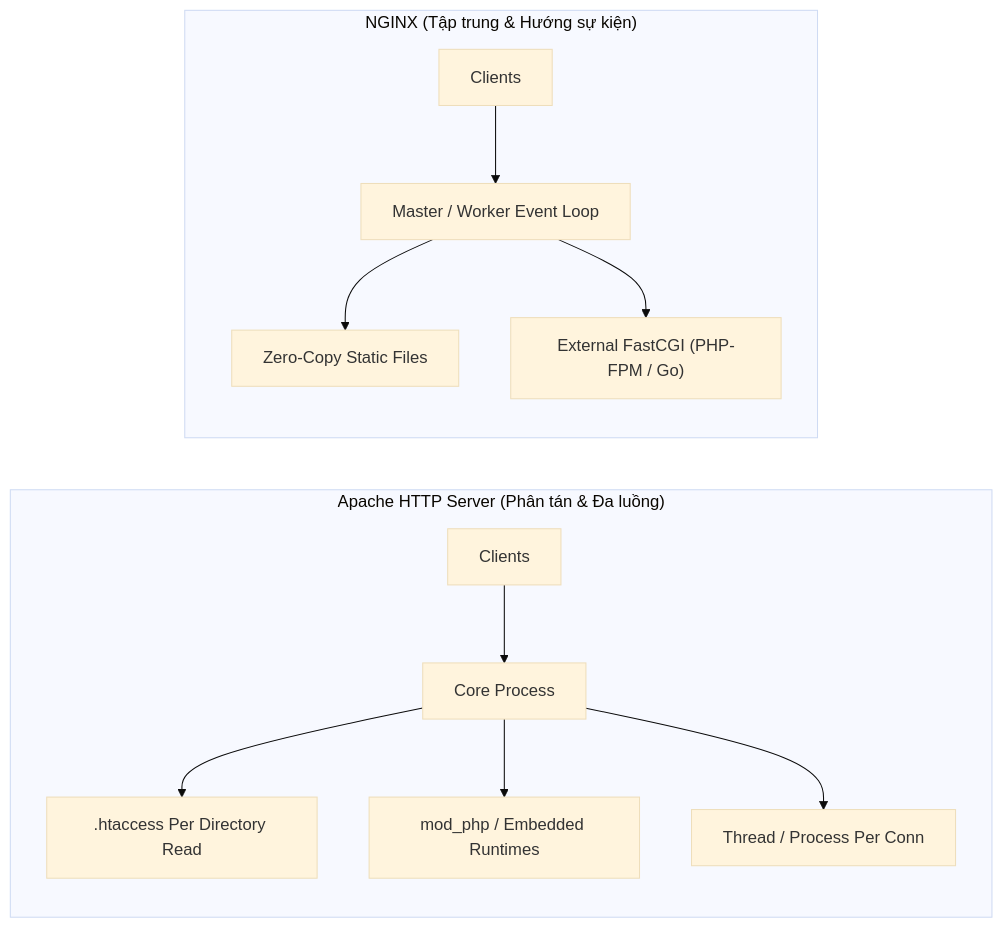
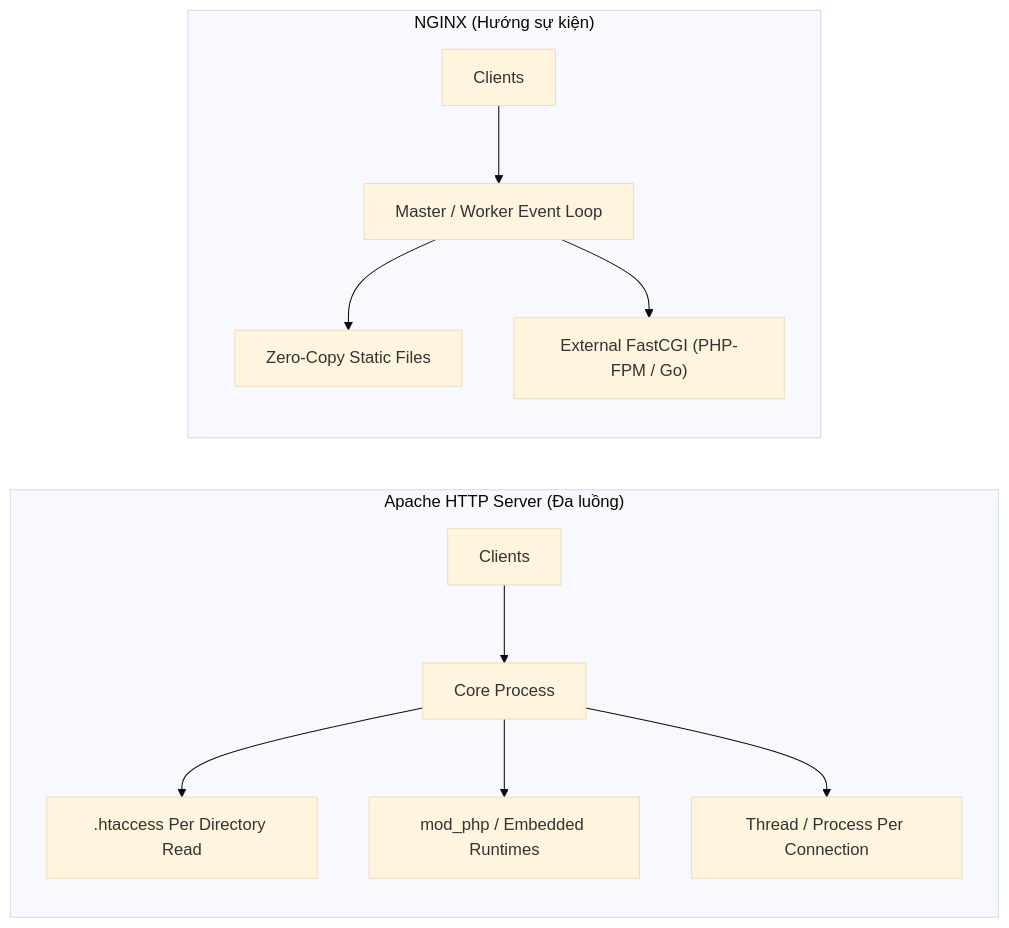
Before and after one commit to MaiTheHao/docs: the diagram in nginx/09_tradeoffs_and_comparisons.md, drawn with Mermaid (base theme). The commit also changed other lines of this file and 10 other files, not shown here.

````diff
--- a/nginx/09_tradeoffs_and_comparisons.md
+++ b/nginx/09_tradeoffs_and_comparisons.md
@@ -36,15 +36,15 @@
 ```mermaid
 graph LR
-    subgraph "Apache HTTP Server (Phân tán & Đa luồng)"
+    subgraph Apache ["Apache HTTP Server (Đa luồng)"]
         A_Client["Clients"] --> A_Core["Core Process"]
         A_Core --> A_HT[".htaccess Per Directory Read"]
         A_Core --> A_Mod["mod_php / Embedded Runtimes"]
-        A_Core --> A_Threads["Thread / Process Per Conn"]
+        A_Core --> A_Threads["Thread / Process Per Connection"]
     end
 
-    subgraph "NGINX (Tập trung & Hướng sự kiện)"
+    subgraph NginxArch ["NGINX (Hướng sự kiện)"]
         N_Client["Clients"] --> N_Core["Master / Worker Event Loop"]
         N_Core --> N_Static["Zero-Copy Static Files"]
         N_Core --> N_FastCGI["External FastCGI (PHP-FPM / Go)"]
     end
 ```
````
